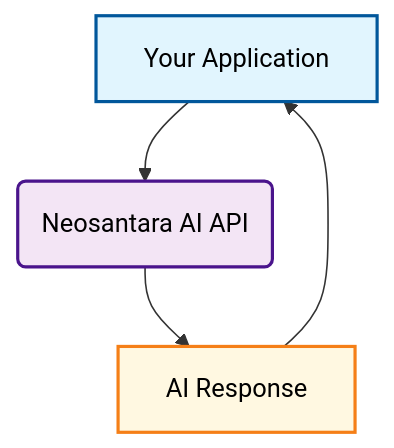
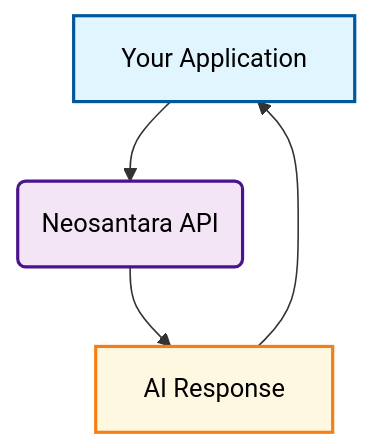
Before and after one commit to ErRickow/docs: the diagram in en/about.mdx, drawn with Mermaid. The commit also changed other lines of this file and 79 other files, not shown here.

````diff
--- a/en/about.mdx
+++ b/en/about.mdx
@@ -50,15 +50,15 @@
 ```mermaid
 graph TD
-   A[Your Application] --> B(Neosantara AI API);
+   A[Your Application] --> B(Neosantara API);
    B --> C[AI Response];
    C --> A;
 
    %% Styling
    classDef client fill:#e1f5fe,stroke:#01579b,stroke-width:2px,color:#000
    classDef api fill:#f3e5f5,stroke:#4a148c,stroke-width:2px,color:#000
    classDef response fill:#fff8e1,stroke:#f57f17,stroke-width:2px,color:#000
 
    class A client
    class B api
    class C response
 ```
````
